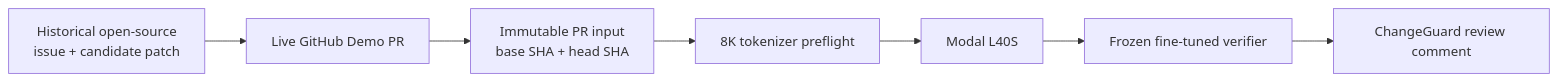
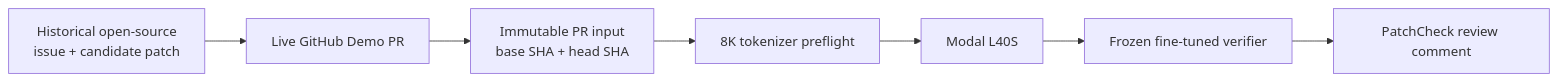
One commit to tkim602/PatchCheck changed the first of 3 diagrams in README.md. Above: the diagram before and after it, drawn with Mermaid. The commit also changed other lines of this file, not shown here.

Commit message:
Rename project to PatchCheck

````diff
--- a/README.md
+++ b/README.md
@@ -47,12 +47,12 @@
 ```mermaid
 flowchart LR
     A[Historical open-source<br/>issue + candidate patch]
     B[Live GitHub Demo PR]
     C[Immutable PR input<br/>base SHA + head SHA]
     D[8K tokenizer preflight]
     E[Modal L40S]
     F[Frozen fine-tuned verifier]
-    G[ChangeGuard review comment]
+    G[PatchCheck review comment]
 
     A --> B --> C --> D --> E --> F --> G
 ```
````
